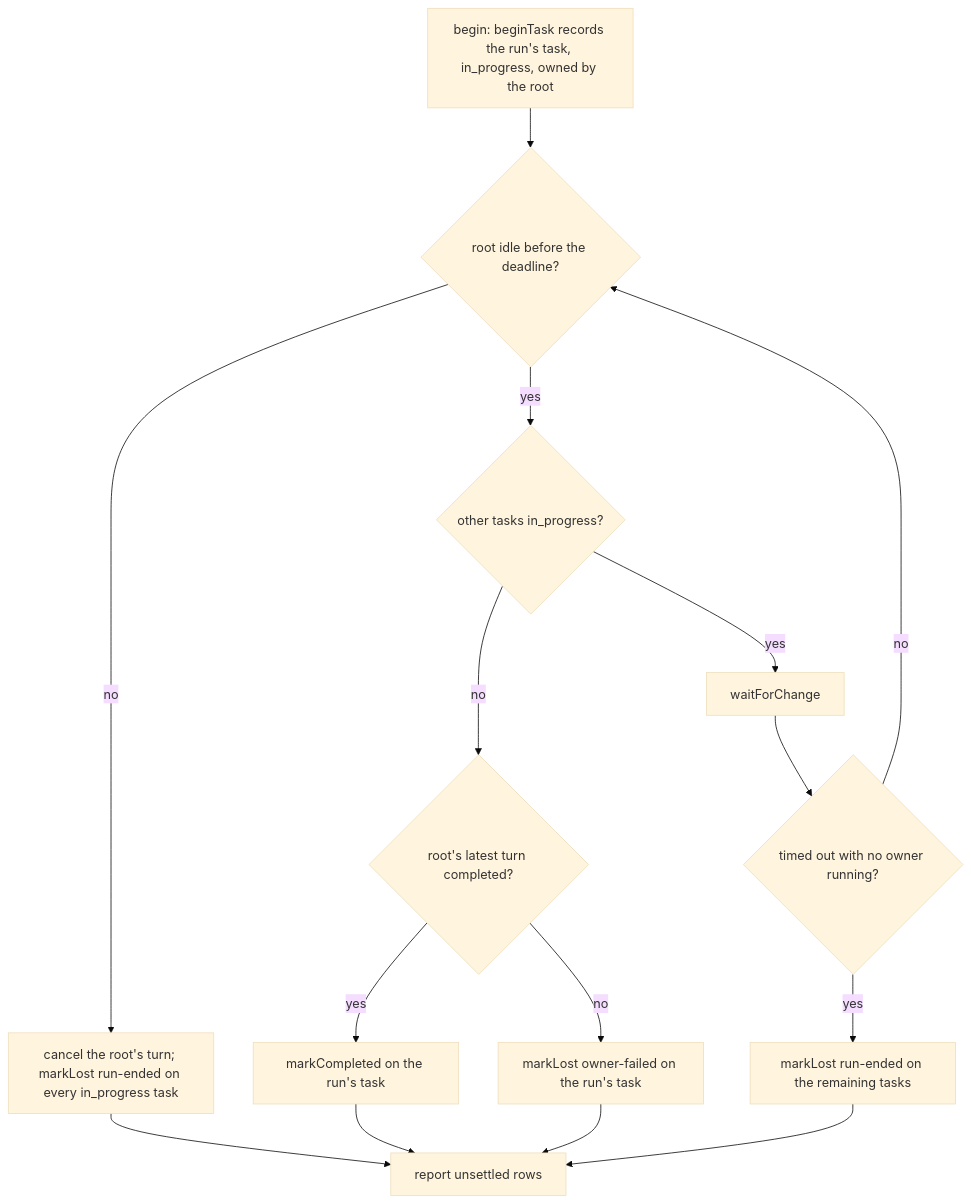
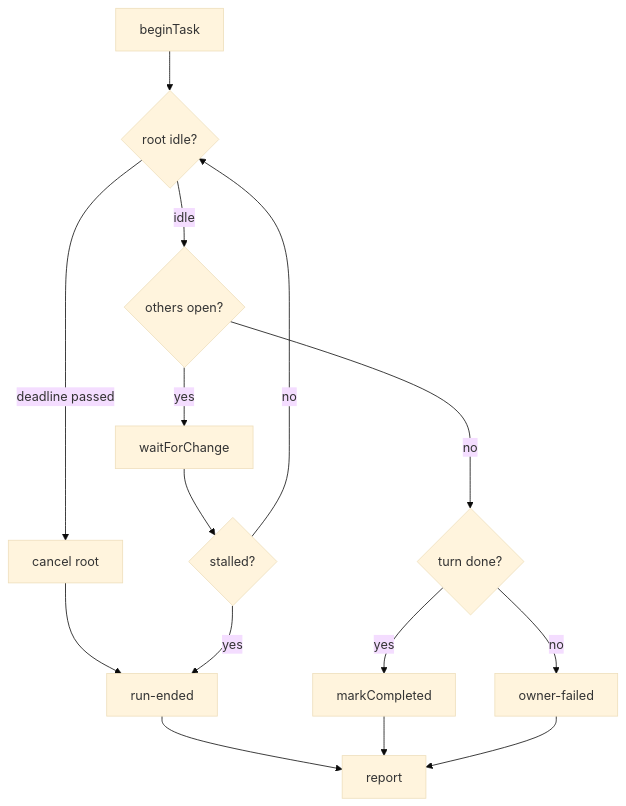
Before and after one commit to zhengxuyu/deepseek-harness: the second of 2 diagrams in docs/subsystems/agent-team.md, drawn with Mermaid (base theme). The commit also changed other lines of this file and 2 other files, not shown here.

Commit message:
docs(agent-team): shorten the settlement flowchart labels GitHub clipped

````diff
--- a/docs/subsystems/agent-team.md
+++ b/docs/subsystems/agent-team.md
@@ -124,13 +124,13 @@
 ```mermaid
 flowchart TD
-  begin["begin: beginTask records the run's task, in_progress, owned by the root"] --> idle{"root idle before the deadline?"}
-  idle -- no --> cancel["cancel the root's turn; markLost run-ended on every in_progress task"] --> report
-  idle -- yes --> others{"other tasks in_progress?"}
-  others -- no --> last{"root's latest turn completed?"}
-  last -- yes --> done["markCompleted on the run's task"] --> report
-  last -- no --> lostRun["markLost owner-failed on the run's task"] --> report
-  others -- yes --> wait["waitForChange"] --> stalled{"timed out with no owner running?"}
-  stalled -- yes --> stall["markLost run-ended on the remaining tasks"] --> report
+  begin["beginTask"] --> idle{"root idle?"}
+  idle -- deadline passed --> cancel["cancel root"] --> ended["run-ended"] --> report
+  idle -- idle --> others{"others open?"}
+  others -- no --> last{"turn done?"}
+  last -- yes --> done["markCompleted"] --> report
+  last -- no --> failed["owner-failed"] --> report
+  others -- yes --> wait["waitForChange"] --> stalled{"stalled?"}
+  stalled -- yes --> ended
   stalled -- no --> idle
-  report["report unsettled rows"]
+  report["report"]
 ```
````
